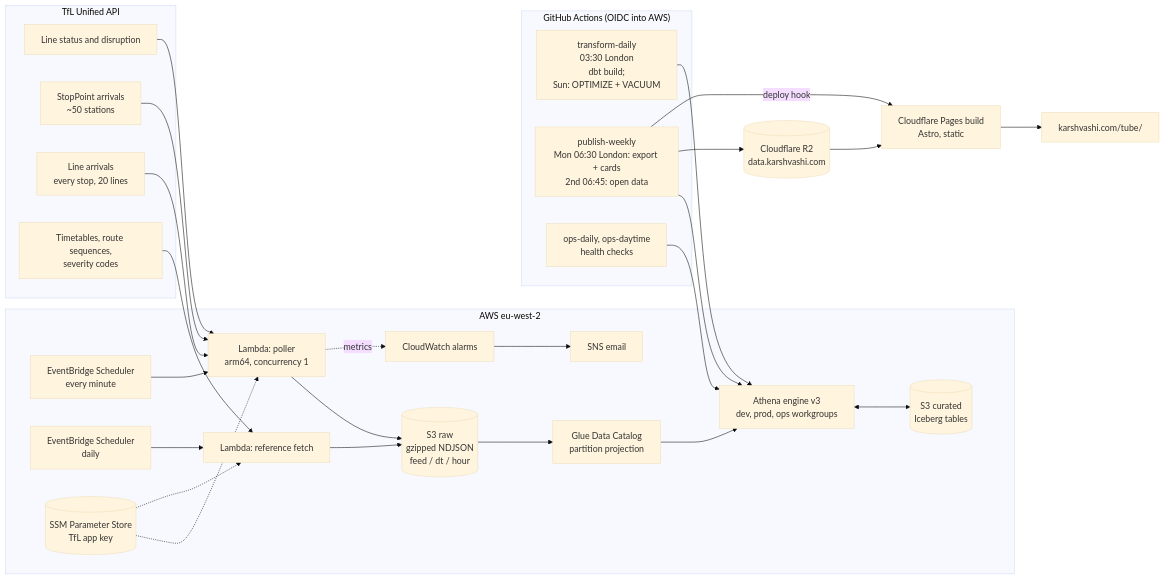
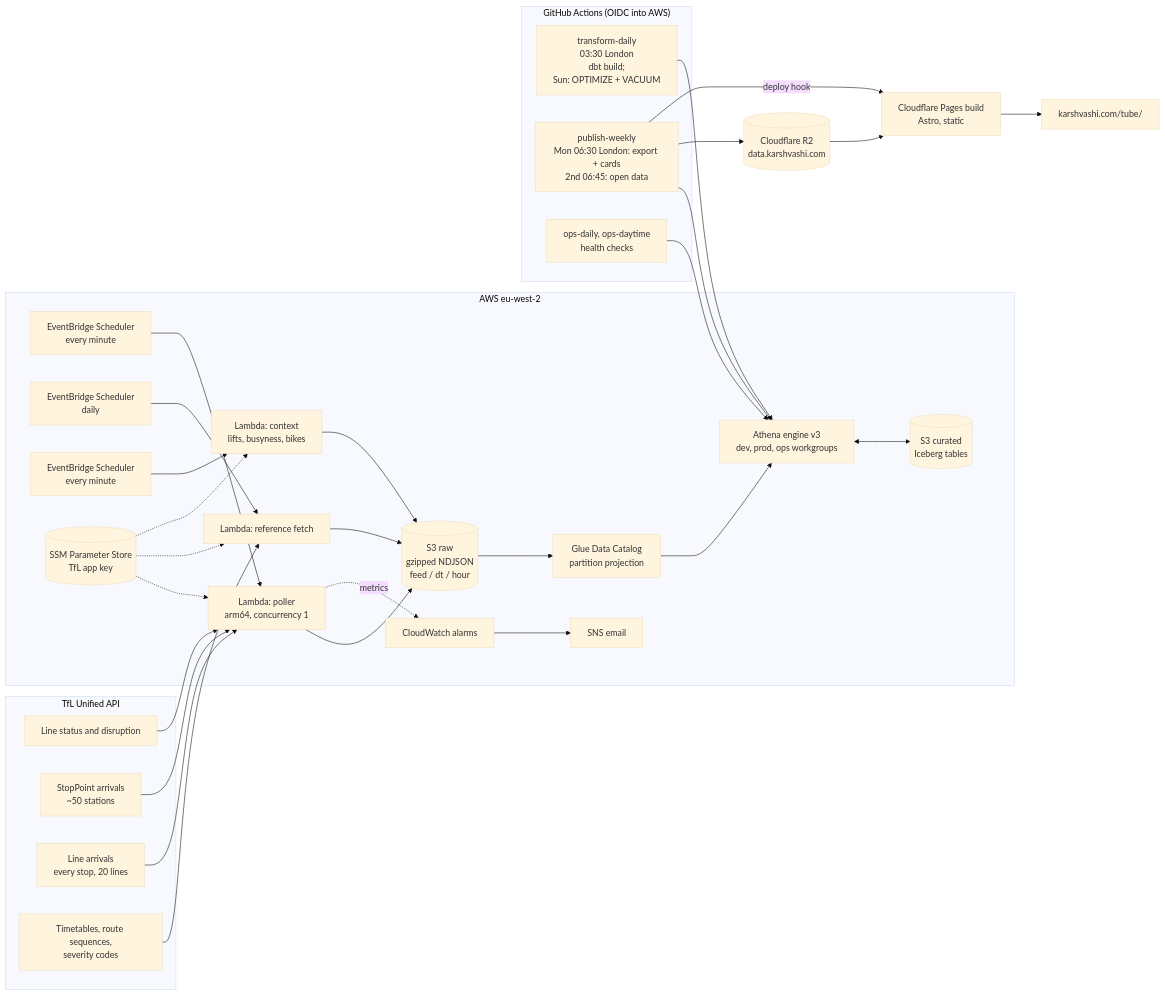
Before and after one commit to KarshVashi/mind-the-data: the diagram in docs/architecture.md, drawn with Mermaid (base theme). The commit also changed other lines of this file and 5 other files, not shown here.

````diff
--- a/docs/architecture.md
+++ b/docs/architecture.md
@@ -7,38 +7,41 @@
 ```mermaid
 flowchart LR
   subgraph TfL["TfL Unified API"]
     S[Line status and disruption]
     A[StopPoint arrivals<br/>~50 stations]
     LA[Line arrivals<br/>every stop, 20 lines]
     R[Timetables, route sequences,<br/>severity codes]
   end
 
   subgraph AWS["AWS eu-west-2"]
     EB[EventBridge Scheduler<br/>every minute] --> P[Lambda: poller<br/>arm64, concurrency 1]
     EBW[EventBridge Scheduler<br/>daily] --> RF[Lambda: reference fetch]
+    EBC[EventBridge Scheduler<br/>every minute] --> CX[Lambda: context<br/>lifts, busyness, bikes]
     SSM[(SSM Parameter Store<br/>TfL app key)] -.-> P
     SSM -.-> RF
+    SSM -.-> CX
     P --> RAW[(S3 raw<br/>gzipped NDJSON<br/>feed / dt / hour)]
     RF --> RAW
+    CX --> RAW
     RAW --> GC[Glue Data Catalog<br/>partition projection]
     GC --> ATH[Athena engine v3<br/>dev, prod, ops workgroups]
     ATH <--> ICE[(S3 curated<br/>Iceberg tables)]
     P -. metrics .-> CW[CloudWatch alarms] --> SNS[SNS email]
   end
 
   S --> P
   A --> P
   LA --> P
   R --> RF
 
   subgraph GHA["GitHub Actions (OIDC into AWS)"]
     TD[transform-daily<br/>03:30 London<br/>dbt build;<br/>Sun: OPTIMIZE + VACUUM] --> ATH
     PW[publish-weekly<br/>Mon 06:30 London: export + cards<br/>2nd 06:45: open data] --> ATH
     OPS[ops-daily, ops-daytime<br/>health checks] --> ATH
   end
 
   PW --> R2[(Cloudflare R2<br/>data.karshvashi.com)]
   PW -- deploy hook --> PAGES[Cloudflare Pages build<br/>Astro, static]
   R2 --> PAGES
   PAGES --> WEB[karshvashi.com/tube/]
 ```
````
